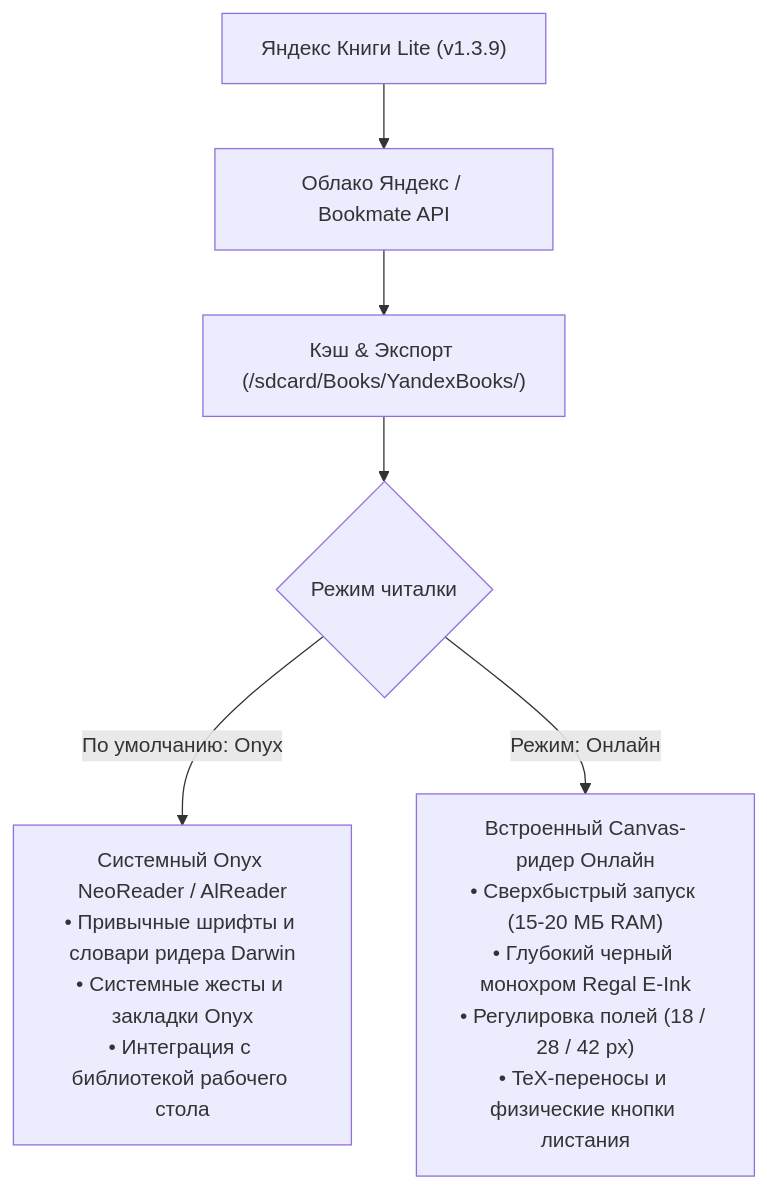
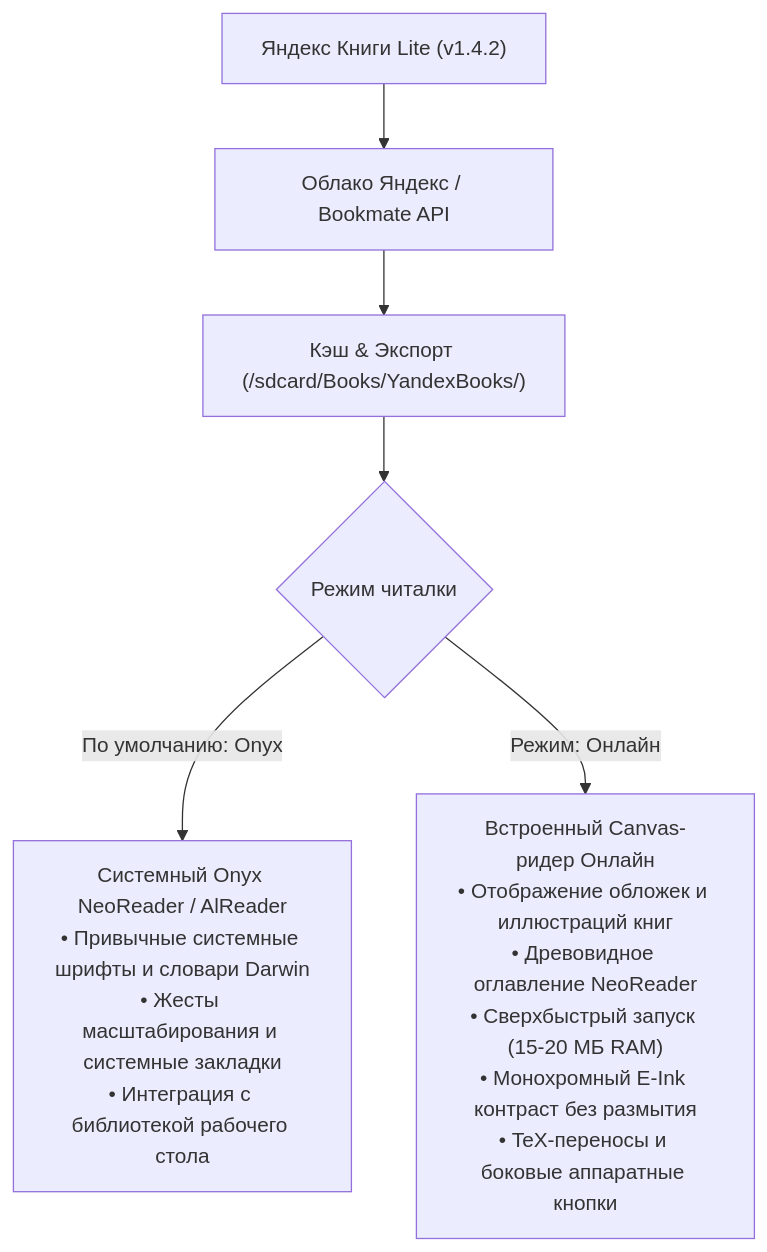
The diagram in README.md (litvaerickson-spec/onyx-yandex-books), drawn with Mermaid before and after one commit. The commit also changed other lines of this file, not shown here.

Commit message:
docs: update README.md to v1.4.2 with graphics engine, shelf controls, and NeoReader TOC

````diff
--- a/README.md
+++ b/README.md
@@ -69,10 +79,10 @@
 ```mermaid
 flowchart TD
-    App["Яндекс Книги Lite (v1.3.9)"] --> Cloud["Облако Яндекс / Bookmate API"]
+    App["Яндекс Книги Lite (v1.4.2)"] --> Cloud["Облако Яндекс / Bookmate API"]
     Cloud --> Cache["Кэш & Экспорт (/sdcard/Books/YandexBooks/)"]
     Cache --> ModeSelect{"Режим читалки"}
     
-    ModeSelect -->|По умолчанию: Onyx| OnyxReader["Системный Onyx NeoReader / AlReader<br/>• Привычные шрифты и словари ридера Darwin<br/>• Системные жесты и закладки Onyx<br/>• Интеграция с библиотекой рабочего стола"]
+    ModeSelect -->|По умолчанию: Onyx| OnyxReader["Системный Onyx NeoReader / AlReader<br/>• Привычные системные шрифты и словари Darwin<br/>• Жесты масштабирования и системные закладки<br/>• Интеграция с библиотекой рабочего стола"]
     
-    ModeSelect -->|Режим: Онлайн| OnlineReader["Встроенный Canvas-ридер Онлайн<br/>• Сверхбыстрый запуск (15-20 МБ RAM)<br/>• Глубокий черный монохром Regal E-Ink<br/>• Регулировка полей (18 / 28 / 42 px)<br/>• TeX-переносы и физические кнопки листания"]
+    ModeSelect -->|Режим: Онлайн| OnlineReader["Встроенный Canvas-ридер Онлайн<br/>• Отображение обложек и иллюстраций книг<br/>• Древовидное оглавление NeoReader<br/>• Сверхбыстрый запуск (15-20 МБ RAM)<br/>• Монохромный E-Ink контраст без размытия<br/>• TeX-переносы и боковые аппаратные кнопки"]
 ```
````
